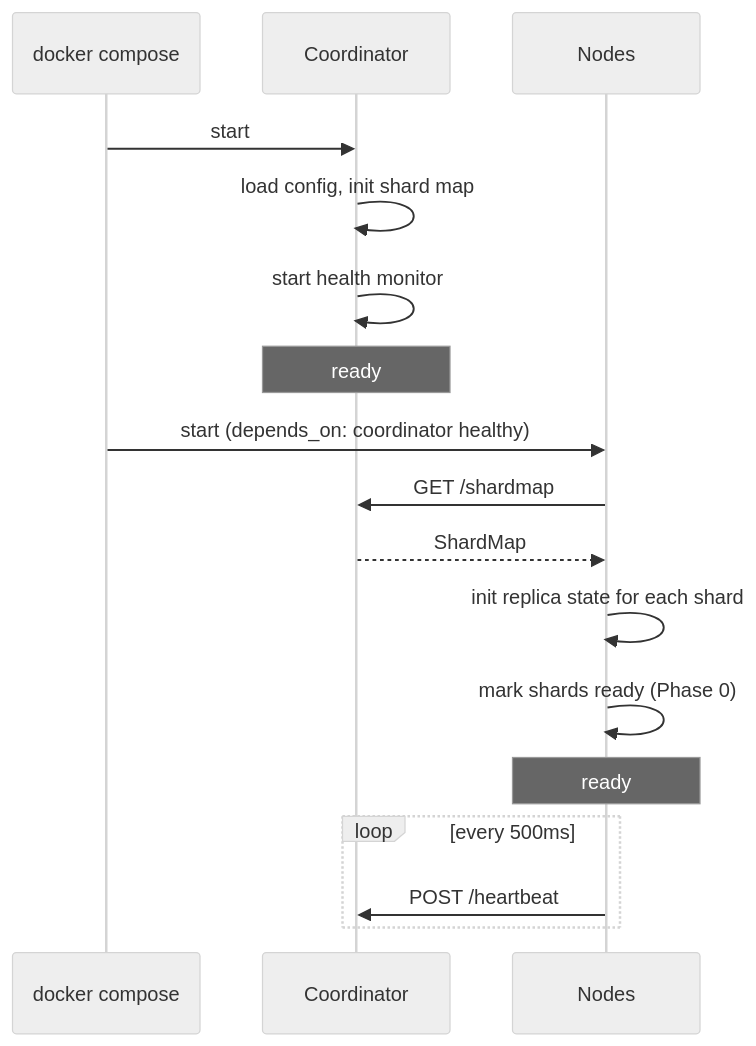
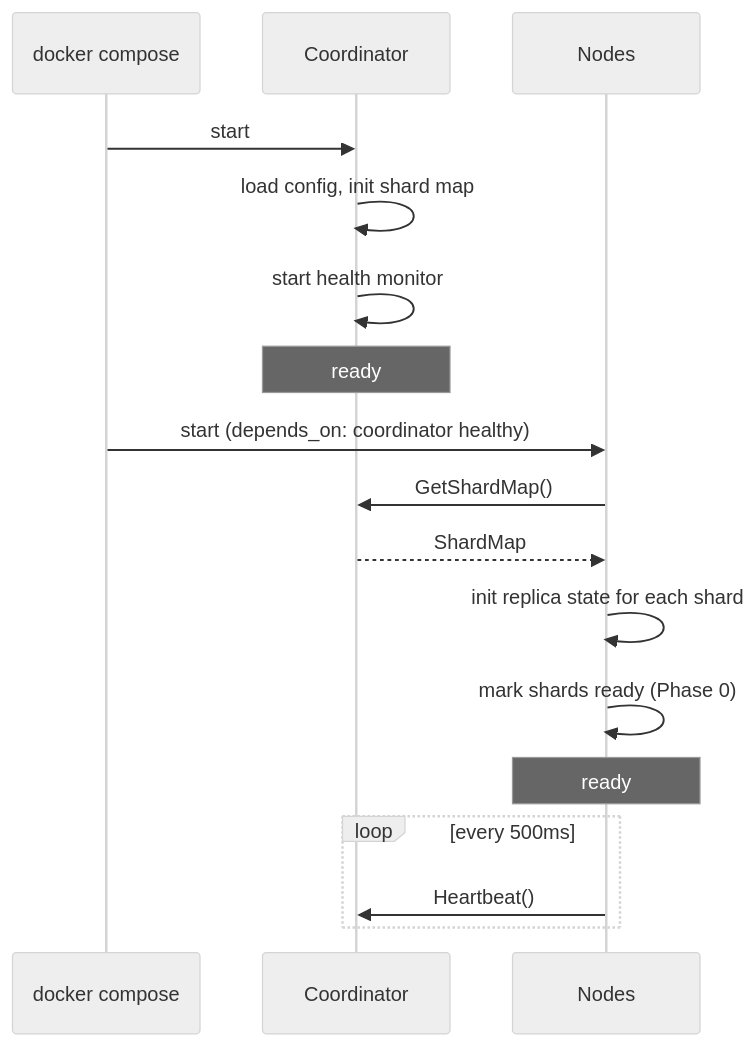
One commit to davecarr1024/doki changed diagram 13 of 17 in docs/architecture.md. Above: the diagram before and after it, drawn with Mermaid (neutral theme). The commit also changed other lines of this file and 7 other files, not shown here.

Commit message:
Update docs for gRPC surface and roadmap

````diff
--- a/docs/architecture.md
+++ b/docs/architecture.md
@@ -327,21 +328,21 @@
 ```mermaid
 sequenceDiagram
     participant D as docker compose
     participant CO as Coordinator
     participant N as Nodes
 
     D->>CO: start
     CO->>CO: load config, init shard map
     CO->>CO: start health monitor
     note over CO: ready
 
     D->>N: start (depends_on: coordinator healthy)
-    N->>CO: GET /shardmap
+    N->>CO: GetShardMap()
     CO-->>N: ShardMap
     N->>N: init replica state for each shard
     N->>N: mark shards ready (Phase 0)
     note over N: ready
     loop every 500ms
-        N->>CO: POST /heartbeat
+        N->>CO: Heartbeat()
     end
 ```
````
